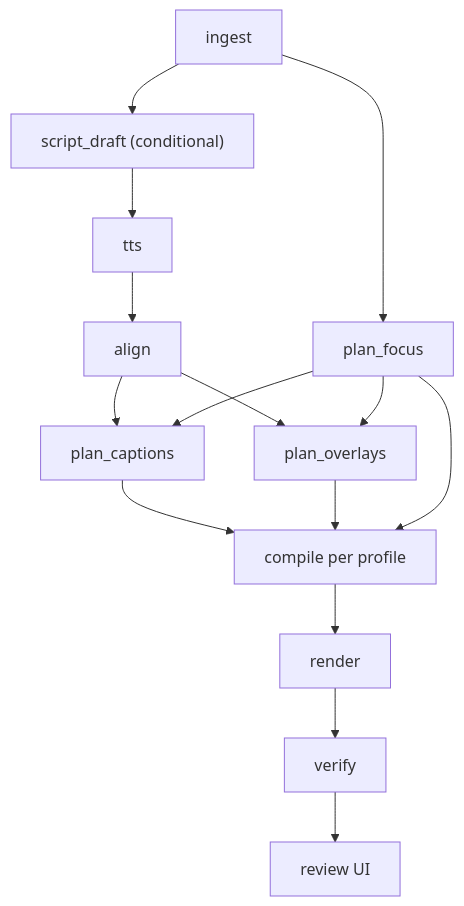
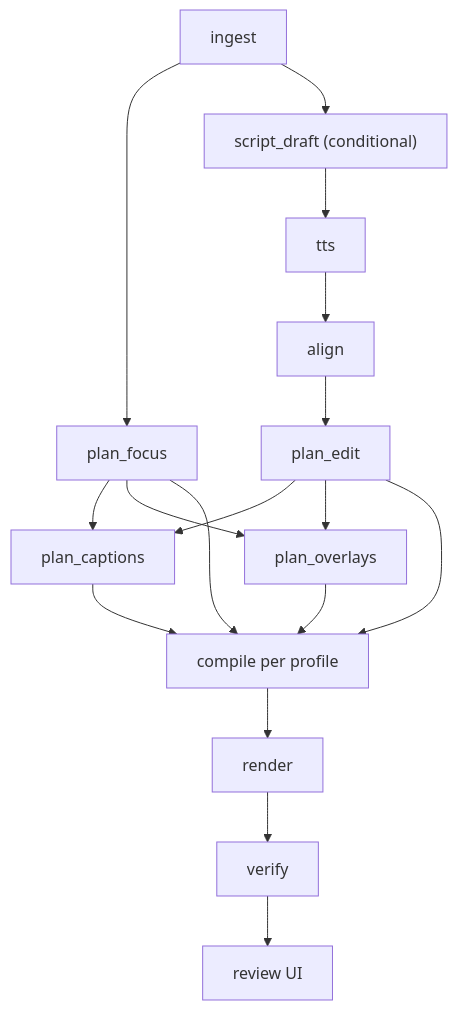
Before and after one commit to kolisachint/screencut: the diagram in docs/architecture.md, drawn with Mermaid. The commit also changed other lines of this file and 1 other file, not shown here.

````diff
--- a/docs/architecture.md
+++ b/docs/architecture.md
@@ -119,17 +177,19 @@
 ```mermaid
 flowchart TD
     ingest[ingest] --> focus[plan_focus]
     ingest --> draft["script_draft (conditional)"]
     draft --> tts[tts]
     tts --> align[align]
-    align --> caps[plan_captions]
+    align --> edit[plan_edit]
+    edit --> caps[plan_captions]
     focus --> caps
-    align --> stick[plan_overlays]
+    edit --> stick[plan_overlays]
     focus --> stick
     caps --> compile[compile per profile]
     stick --> compile
     focus --> compile
+    edit --> compile
     compile --> render[render]
     render --> verify[verify]
     verify --> review[review UI]
 ```
````
